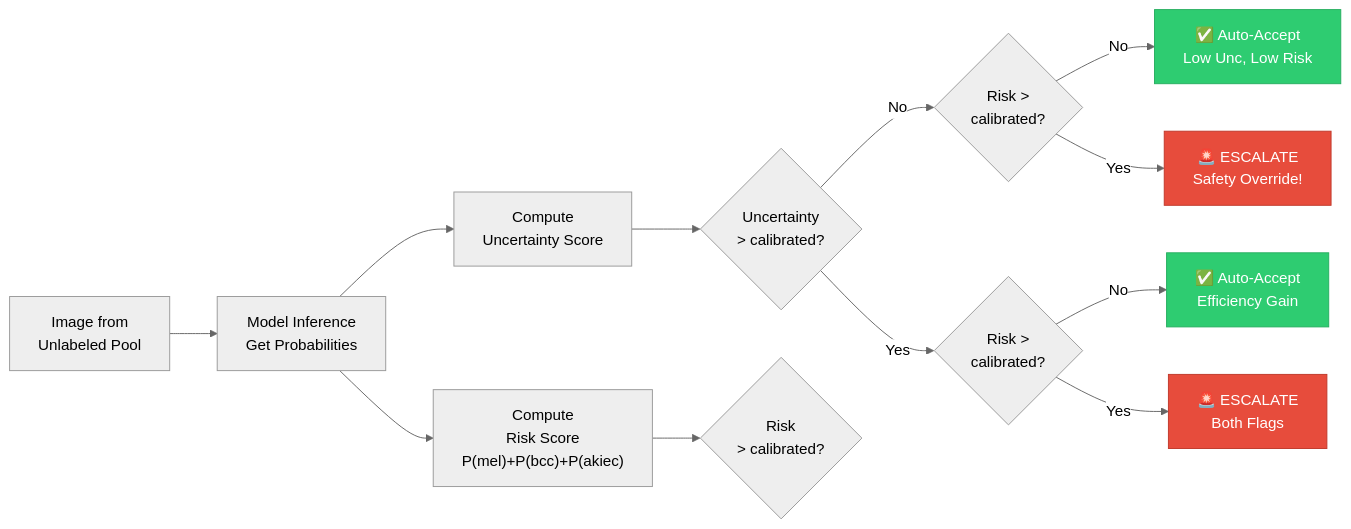
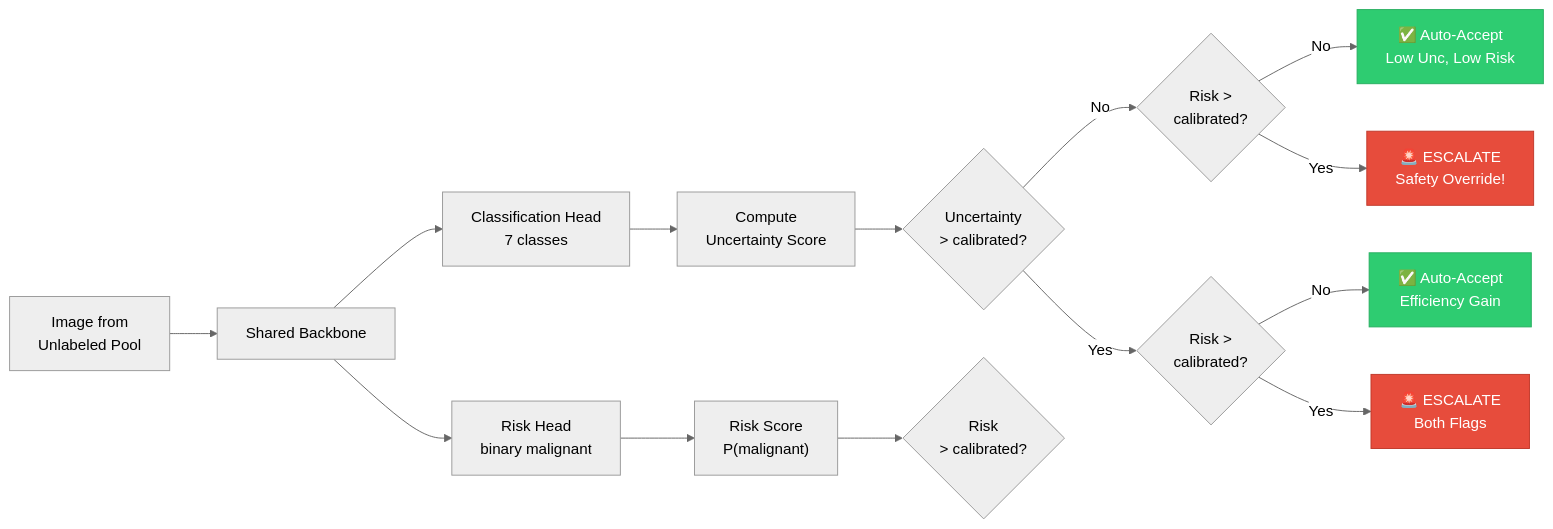
The second of 3 diagrams in README.md (DyneStein/RiskAware-ActiveLearning), drawn with Mermaid (neutral theme) before and after one commit. The commit also changed other lines of this file and 462 other files, not shown here.

````diff
--- a/README.md
+++ b/README.md
@@ -95,22 +101,24 @@
 ```mermaid
 flowchart LR
-    A["Image from<br/>Unlabeled Pool"] --> B["Model Inference<br/>Get Probabilities"]
-    B --> C["Compute<br/>Uncertainty Score"]
-    B --> D["Compute<br/>Risk Score<br/>P(mel)+P(bcc)+P(akiec)"]
+    A["Image from<br/>Unlabeled Pool"] --> B["Shared Backbone"]
+    B --> C0["Classification Head<br/>7 classes"]
+    B --> D0["Risk Head<br/>binary malignant"]
+    C0 --> C["Compute<br/>Uncertainty Score"]
+    D0 --> D["Risk Score<br/>P(malignant)"]
 
     C --> E{"Uncertainty<br/>> calibrated?"}
     D --> F{"Risk<br/>> calibrated?"}
 
     E -->|No| G{"Risk ><br/>calibrated?"}
     E -->|Yes| H{"Risk ><br/>calibrated?"}
 
     G -->|No| I["✅ Auto-Accept<br/>Low Unc, Low Risk"]
     G -->|Yes| J["🚨 ESCALATE<br/>Safety Override!"]
     H -->|No| K["✅ Auto-Accept<br/>Efficiency Gain"]
     H -->|Yes| L["🚨 ESCALATE<br/>Both Flags"]
 
     style J fill:#e74c3c,stroke:#c0392b,color:#fff
     style L fill:#e74c3c,stroke:#c0392b,color:#fff
     style I fill:#2ecc71,stroke:#27ae60,color:#fff
     style K fill:#2ecc71,stroke:#27ae60,color:#fff
 ```
````
